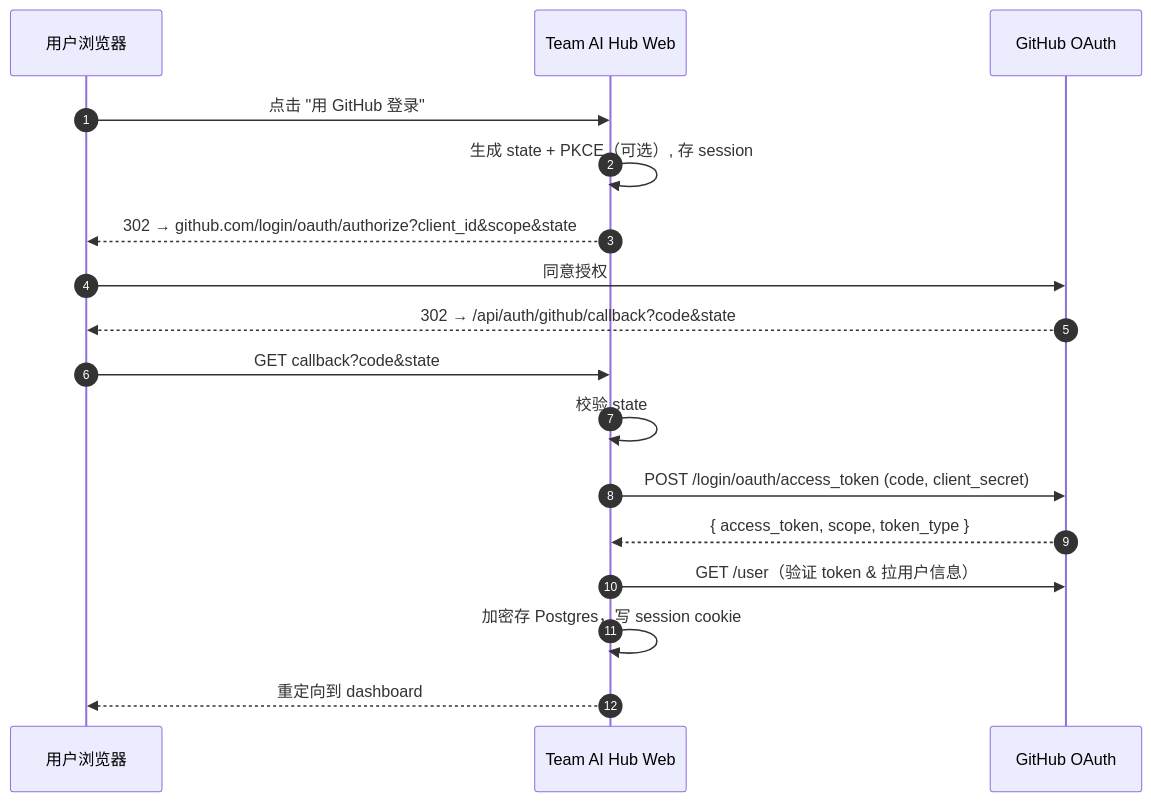
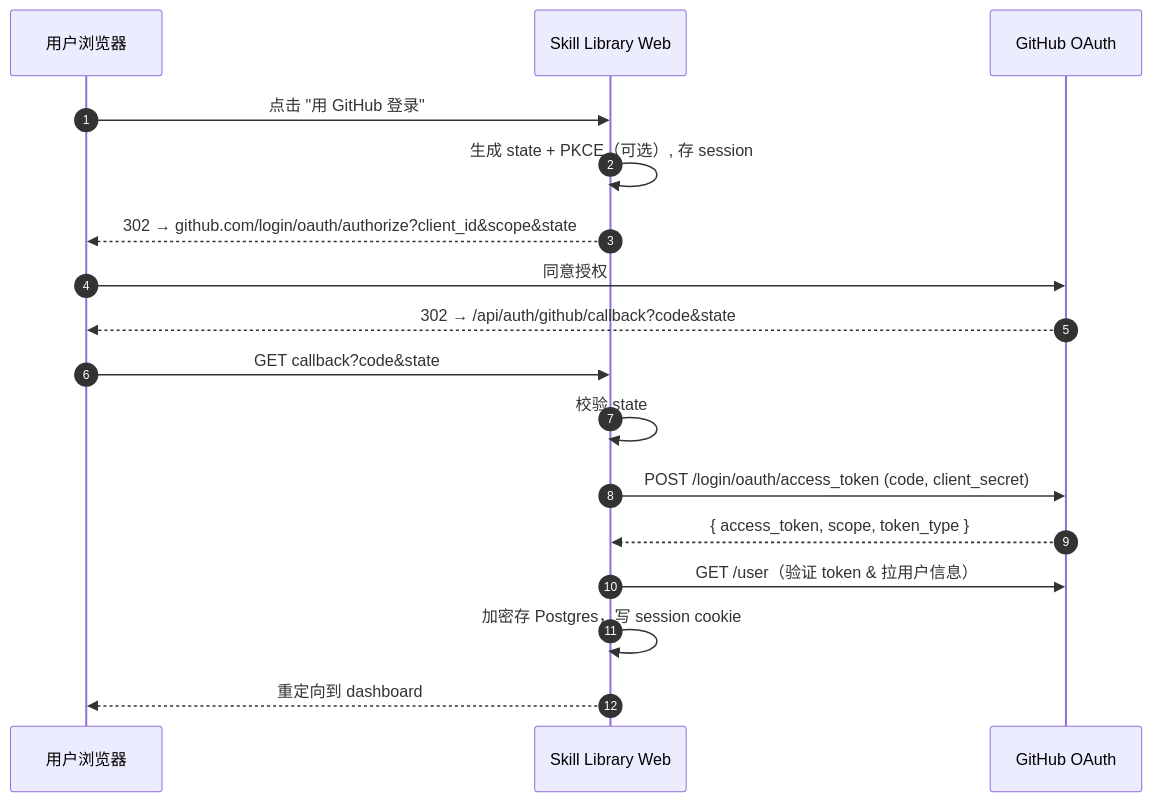
One commit to emojiiii/skill-library changed the first of 2 diagrams in docs/PROVIDER_SPIKE.md. Above: the diagram before and after it, drawn with Mermaid. The commit also changed other lines of this file and 148 other files, not shown here.

First line of the commit message:
refactor: rename Team AI Hub to Skill Library across documentation and scripts

````diff
--- a/docs/PROVIDER_SPIKE.md
+++ b/docs/PROVIDER_SPIKE.md
@@ -178,19 +178,19 @@
 ```mermaid
 sequenceDiagram
     autonumber
     participant U as 用户浏览器
-    participant W as Team AI Hub Web
+    participant W as Skill Library Web
     participant GH as GitHub OAuth
     U->>W: 点击 "用 GitHub 登录"
     W->>W: 生成 state + PKCE（可选）, 存 session
     W-->>U: 302 → github.com/login/oauth/authorize?client_id&scope&state
     U->>GH: 同意授权
     GH-->>U: 302 → /api/auth/github/callback?code&state
     U->>W: GET callback?code&state
     W->>W: 校验 state
     W->>GH: POST /login/oauth/access_token (code, client_secret)
     GH-->>W: { access_token, scope, token_type }
     W->>GH: GET /user（验证 token & 拉用户信息）
     W->>W: 加密存 Postgres，写 session cookie
     W-->>U: 重定向到 dashboard
 ```
````
